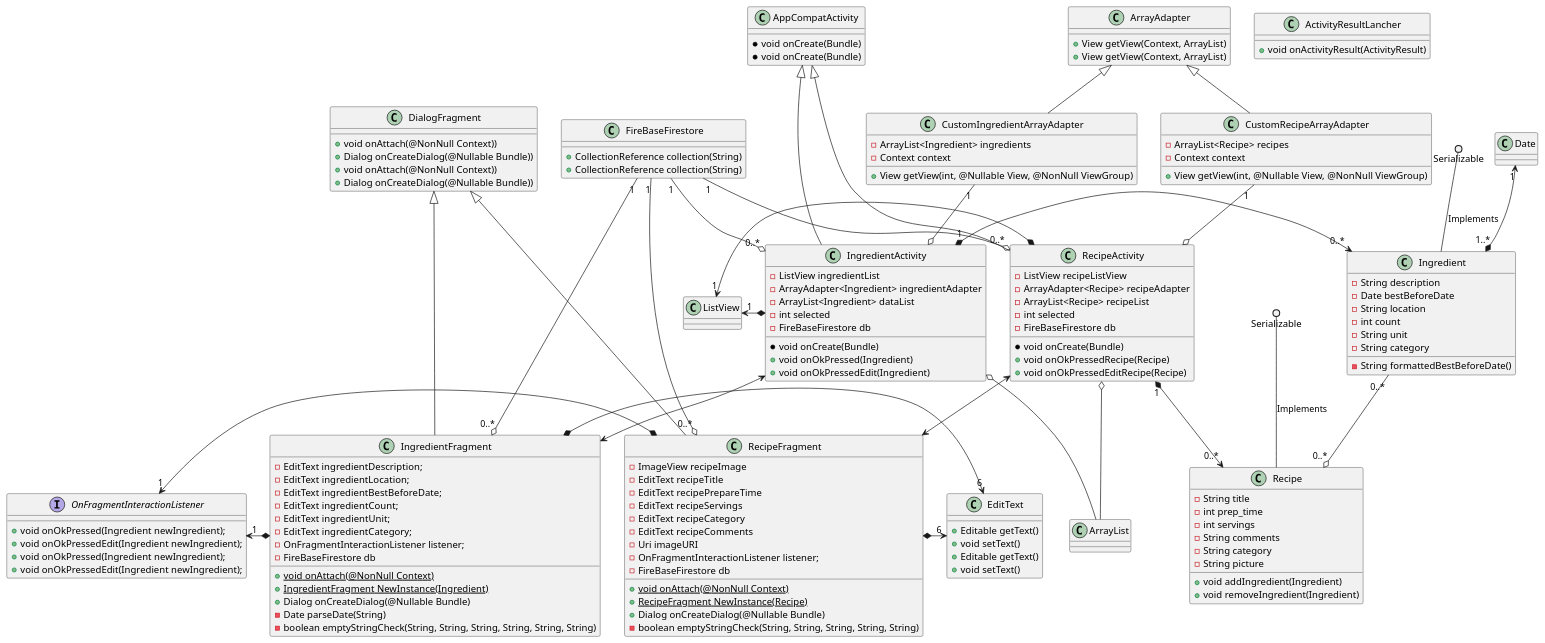
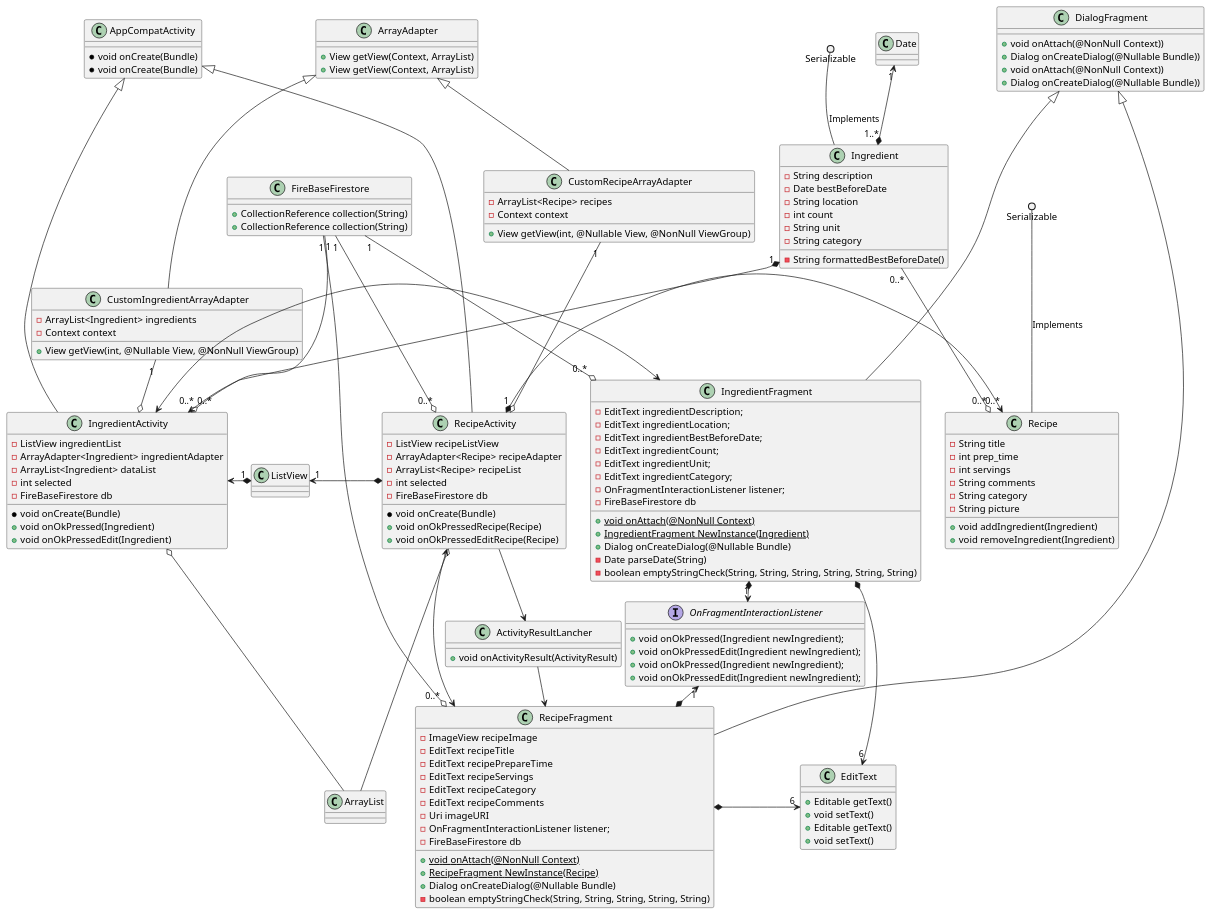
One commit to CMPUT301F22T31/FoodCart changed the diagram in doc/fullUML.puml. Above: the diagram before and after it, drawn with PlantUML. The commit also changed 2 other files, not shown here.

Commit message:
All UML state diagrams are complete are complete, going to pull 'Ingridenet edit fixed' commit and make changes if needed

```diff
--- a/doc/fullUML.puml
+++ b/doc/fullUML.puml
@@ -1,197 +1,198 @@
 @startuml
 'https://plantuml.com/class-diagram
 class ArrayAdapter {
 +View getView(Context, ArrayList)
 }
 
 class EditText {
 +Editable getText()
 +void setText()
 }
 
 class FireBaseFirestore {
 +CollectionReference collection(String)
 }
 
 class Ingredient {
 -String description
 -Date bestBeforeDate
 -String location
 -int count
 -String unit
 -String category
 
 -String formattedBestBeforeDate()
 }
 
 class AppCompatActivity {
 *void onCreate(Bundle)
 }
 
 class IngredientActivity {
 -ListView ingredientList
 -ArrayAdapter<Ingredient> ingredientAdapter
 -ArrayList<Ingredient> dataList
 -int selected
 -FireBaseFirestore db
 
 *void onCreate(Bundle)
 +void onOkPressed(Ingredient)
 +void onOkPressedEdit(Ingredient)
 }
 
 class DialogFragment {
 +void onAttach(@NonNull Context))
 +Dialog onCreateDialog(@Nullable Bundle))
 }
 
 class IngredientFragment {
 -EditText ingredientDescription;
 -EditText ingredientLocation;
 -EditText ingredientBestBeforeDate;
 -EditText ingredientCount;
 -EditText ingredientUnit;
 -EditText ingredientCategory;
 -OnFragmentInteractionListener listener;
 -FireBaseFirestore db
 
 + {static} void onAttach(@NonNull Context)
 + {static} IngredientFragment NewInstance(Ingredient)
 + Dialog onCreateDialog(@Nullable Bundle)
 - Date parseDate(String)
 - boolean emptyStringCheck(String, String, String, String, String, String)
 }
 
 interface OnFragmentInteractionListener {
 +void onOkPressed(Ingredient newIngredient);
 +void onOkPressedEdit(Ingredient newIngredient);
 }
 
 class CustomIngredientArrayAdapter extends ArrayAdapter {
 - ArrayList<Ingredient> ingredients
 - Context context
 
 + View getView(int, @Nullable View, @NonNull ViewGroup)
 }
 
 
 
 class ArrayAdapter {
 +View getView(Context, ArrayList)
 }
 
 class EditText {
 +Editable getText()
 +void setText()
 }
 
 class FireBaseFirestore {
 +CollectionReference collection(String)
 }
 
 class ActivityResultLancher {
     +void onActivityResult(ActivityResult)
 }
 
 class Recipe {
 -String title
 -int prep_time
 -int servings
 -String comments
 -String category
 -String picture
 
 +void addIngredient(Ingredient)
 +void removeIngredient(Ingredient)
 }
 
 class AppCompatActivity {
 *void onCreate(Bundle)
 }
 
 class RecipeActivity {
 -ListView recipeListView
 -ArrayAdapter<Recipe> recipeAdapter
 -ArrayList<Recipe> recipeList
 -int selected
 -FireBaseFirestore db
 
 *void onCreate(Bundle)
 +void onOkPressedRecipe(Recipe)
 +void onOkPressedEditRecipe(Recipe)
 }
 
 class DialogFragment {
 +void onAttach(@NonNull Context))
 +Dialog onCreateDialog(@Nullable Bundle))
 }
 
 class RecipeFragment {
 -ImageView recipeImage
 -EditText recipeTitle
 -EditText recipePrepareTime
 -EditText recipeServings
 -EditText recipeCategory
 -EditText recipeComments
 -Uri imageURI
 -OnFragmentInteractionListener listener;
 -FireBaseFirestore db
 
 + {static} void onAttach(@NonNull Context)
 + {static} RecipeFragment NewInstance(Recipe)
 + Dialog onCreateDialog(@Nullable Bundle)
 - boolean emptyStringCheck(String, String, String, String, String)
 }
 
 interface OnFragmentInteractionListener {
 +void onOkPressed(Ingredient newIngredient);
 +void onOkPressedEdit(Ingredient newIngredient);
 }
 
 class CustomRecipeArrayAdapter extends ArrayAdapter {
 - ArrayList<Recipe> recipes
 - Context context
 
 + View getView(int, @Nullable View, @NonNull ViewGroup)
 }
 
 Serializable ()-- Recipe : Implements
 Ingredient "0..*" --o "0..*" Recipe
 
 RecipeActivity "1" *-> "0..*" Recipe
 ListView "1" <-* RecipeActivity
 CustomRecipeArrayAdapter "1" --o RecipeActivity
 FireBaseFirestore "1" --o "0..*" RecipeActivity
 RecipeActivity o-- ArrayList
 AppCompatActivity <|--- RecipeActivity
 DialogFragment <|--- RecipeFragment
 
 RecipeFragment *-> "6" EditText
 OnFragmentInteractionListener "1" <-* RecipeFragment
 FireBaseFirestore "1" --o "0..*" RecipeFragment
 
 RecipeActivity <--> RecipeFragment
 
 
 
 
 Serializable ()-- Ingredient : Implements
 Date "1" <--* "1..*" Ingredient
 
-IngredientActivity "1" *-> "0..*" Ingredient
-ListView "1" <-* IngredientActivity
-CustomIngredientArrayAdapter "1" --o IngredientActivity
+Ingredient "1" *-> "0..*" IngredientActivity
+IngredientActivity <-* "1" ListView
+CustomIngredientArrayAdapter "1" -o IngredientActivity
 FireBaseFirestore "1" --o "0..*" IngredientActivity
-IngredientActivity o-- ArrayList
+IngredientActivity o- ArrayList
 AppCompatActivity <|--- IngredientActivity
 DialogFragment <|--- IngredientFragment
 
-IngredientFragment *-> "6" EditText
-OnFragmentInteractionListener "1" <-* IngredientFragment
+IngredientFragment *--> "6" EditText
+IngredientFragment "1" *->  OnFragmentInteractionListener
 FireBaseFirestore "1" --o "0..*" IngredientFragment
 
-IngredientActivity <--> IngredientFragment
-
+IngredientActivity <-> IngredientFragment
+RecipeActivity -> ActivityResultLancher
+ActivityResultLancher -> RecipeFragment
 
 
 @enduml
```
